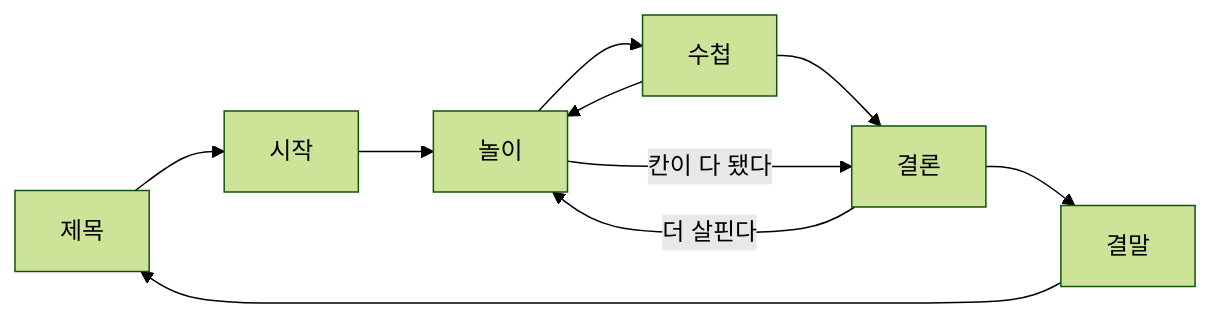
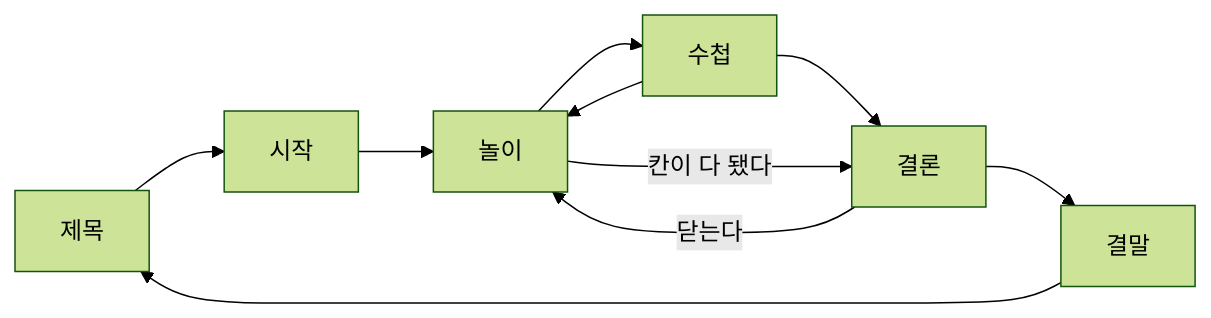
Before and after one commit to phykn/trpg: the diagram in docs/game/07-screen.md, drawn with Mermaid (forest theme). The commit also changed other lines of this file and 10 other files, not shown here.

````diff
--- a/docs/game/07-screen.md
+++ b/docs/game/07-screen.md
@@ -16,12 +16,12 @@
 ```mermaid
 flowchart LR
     A[제목] --> B[시작]
     B --> C[놀이]
     C --> D[수첩]
     D --> C
     D --> E[결론]
     C -- 칸이 다 됐다 --> E
-    E -- 더 살핀다 --> C
+    E -- 닫는다 --> C
     E --> F[결말]
     F --> A
 ```
````
